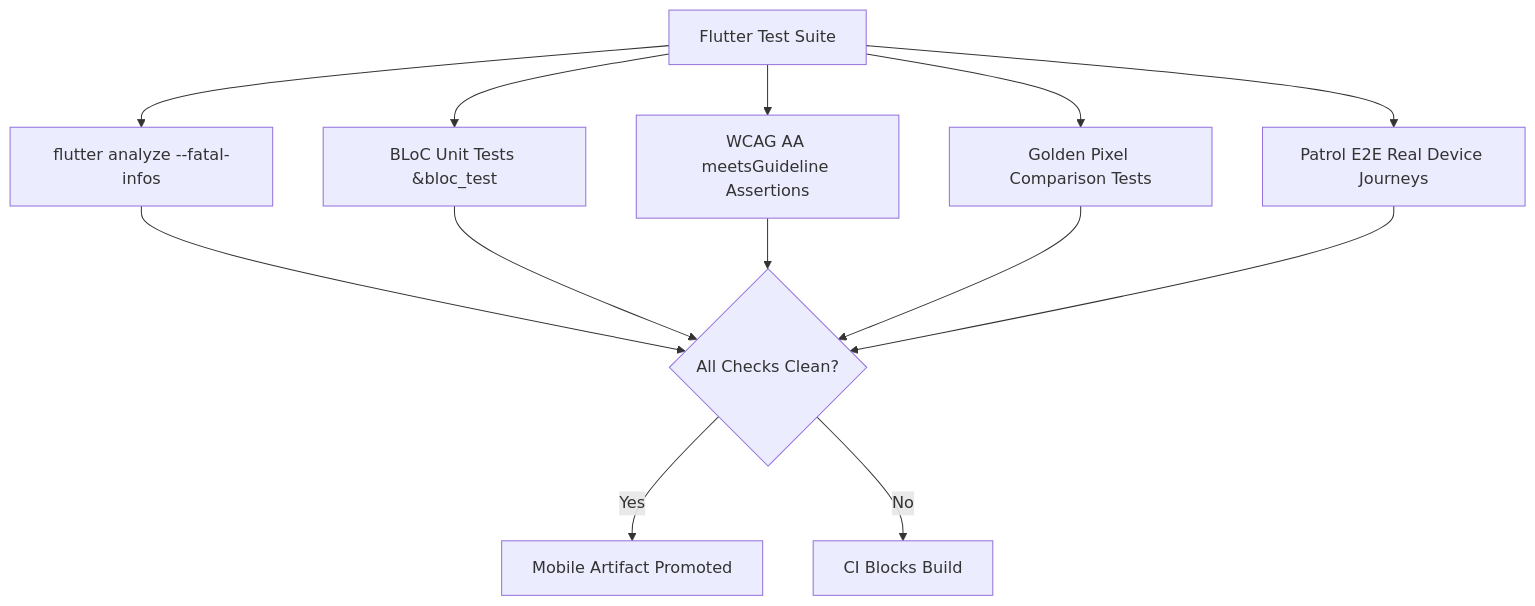
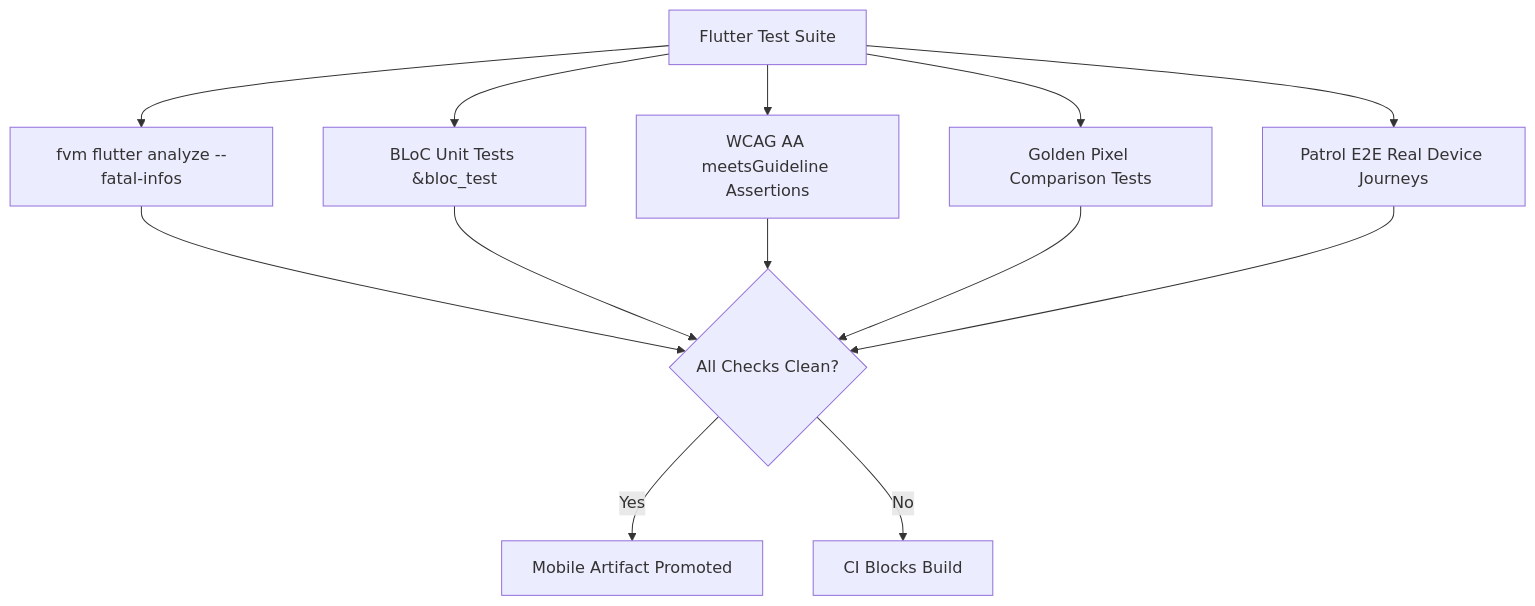
One commit to YDink/Heavy-Machinery-Logistics-Rental changed the second of 2 diagrams in docs/components/mobile/AGENTS.md. Above: the diagram before and after it, drawn with Mermaid. The commit also changed other lines of this file and 183 other files, not shown here.

First line of the commit message:
[CHORE-STACK] chore(toolchain): update flutter to 3.47.9, enforce fvm, and switch to pnpm

````diff
--- a/docs/components/mobile/AGENTS.md
+++ b/docs/components/mobile/AGENTS.md
@@ -437,17 +437,17 @@
 ```mermaid
 flowchart TD
-  MobileCI[Flutter Test Suite] --> StaticLint[flutter analyze --fatal-infos]
+  MobileCI[Flutter Test Suite] --> StaticLint[fvm flutter analyze --fatal-infos]
   MobileCI --> UnitTests[BLoC Unit Tests &bloc_test]
   MobileCI --> A11yTests[WCAG AA meetsGuideline Assertions]
   MobileCI --> GoldenTests[Golden Pixel Comparison Tests]
   MobileCI --> PatrolE2E[Patrol E2E Real Device Journeys]
   
   StaticLint --> PassGate{All Checks Clean?}
   UnitTests --> PassGate
   A11yTests --> PassGate
   GoldenTests --> PassGate
   PatrolE2E --> PassGate
   
   PassGate -- Yes --> Promote[Mobile Artifact Promoted]
   PassGate -- No --> Halt[CI Blocks Build]
 ```
````
